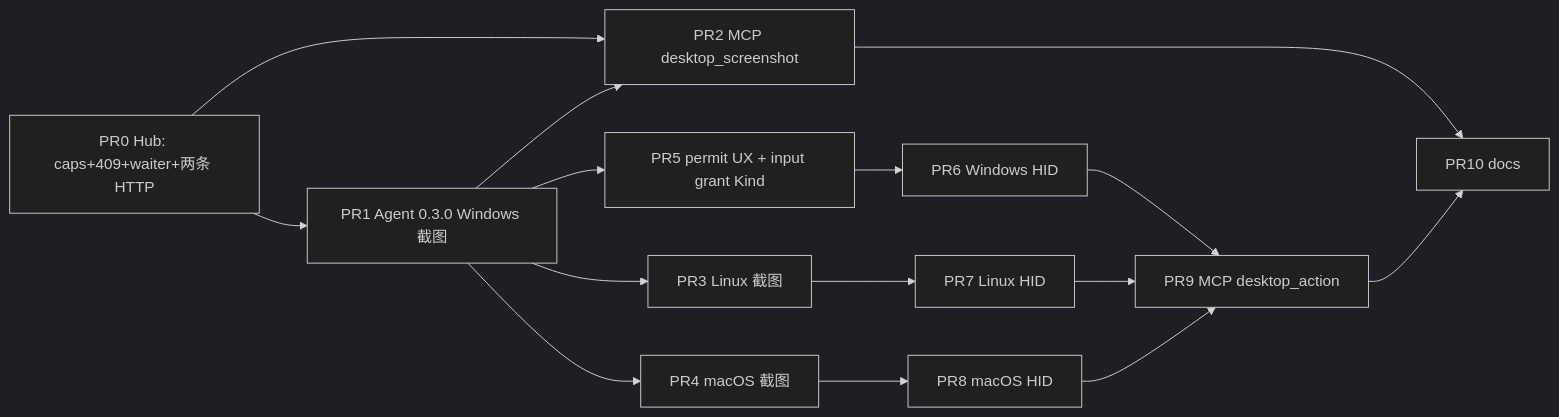
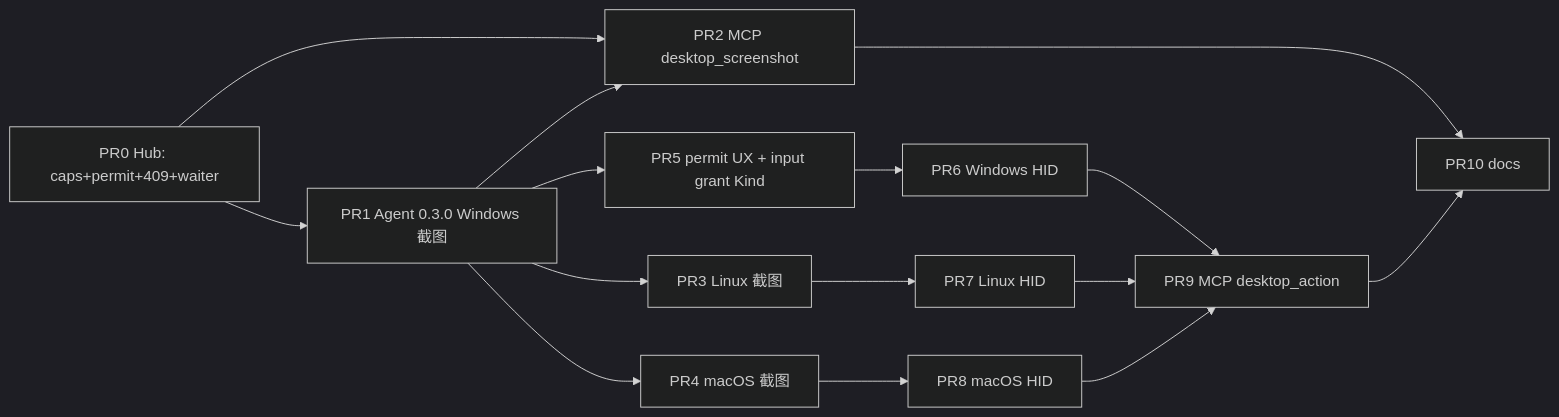
The fourth of 4 diagrams in docs/design-computer-use.md (TITOCHAN2023/fleetForAgent), drawn with Mermaid (dark theme) before and after one commit. The commit also changed other lines of this file, not shown here.

Commit message:
Record permit-on-list and Ask-grant-until-disconnect decisions.

````diff
--- a/docs/design-computer-use.md
+++ b/docs/design-computer-use.md
@@ -932,17 +948,17 @@
 ```mermaid
 flowchart LR
-  PR0["PR0 Hub: caps+409+waiter+两条 HTTP"] --> PR1["PR1 Agent 0.3.0 Windows 截图"]
+  PR0["PR0 Hub: caps+permit+409+waiter"] --> PR1["PR1 Agent 0.3.0 Windows 截图"]
   PR0 --> PR2["PR2 MCP desktop_screenshot"]
   PR1 --> PR2
   PR1 --> PR3["PR3 Linux 截图"]
   PR1 --> PR4["PR4 macOS 截图"]
   PR1 --> PR5["PR5 permit UX + input grant Kind"]
   PR5 --> PR6["PR6 Windows HID"]
   PR3 --> PR7["PR7 Linux HID"]
   PR4 --> PR8["PR8 macOS HID"]
   PR6 --> PR9["PR9 MCP desktop_action"]
   PR7 --> PR9
   PR8 --> PR9
   PR2 --> PR10["PR10 docs"]
   PR9 --> PR10
 ```
````
